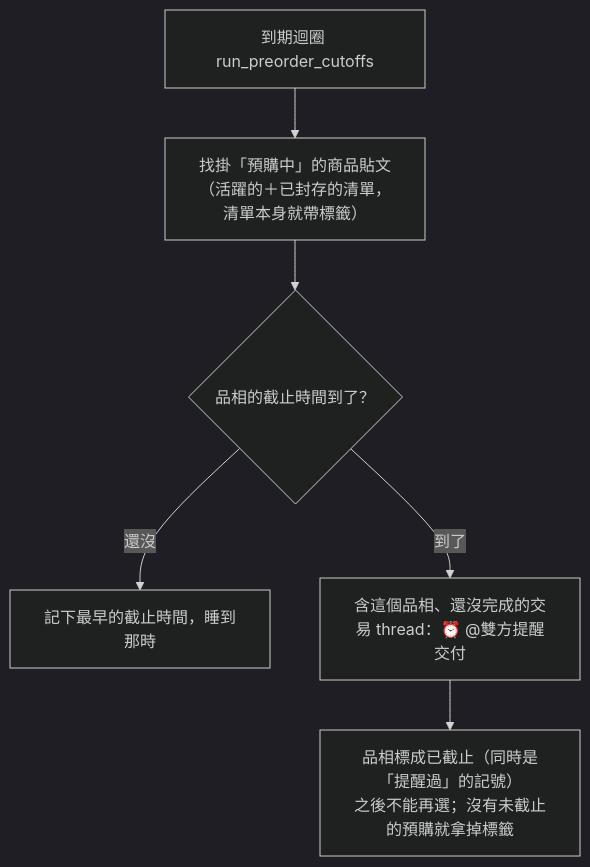
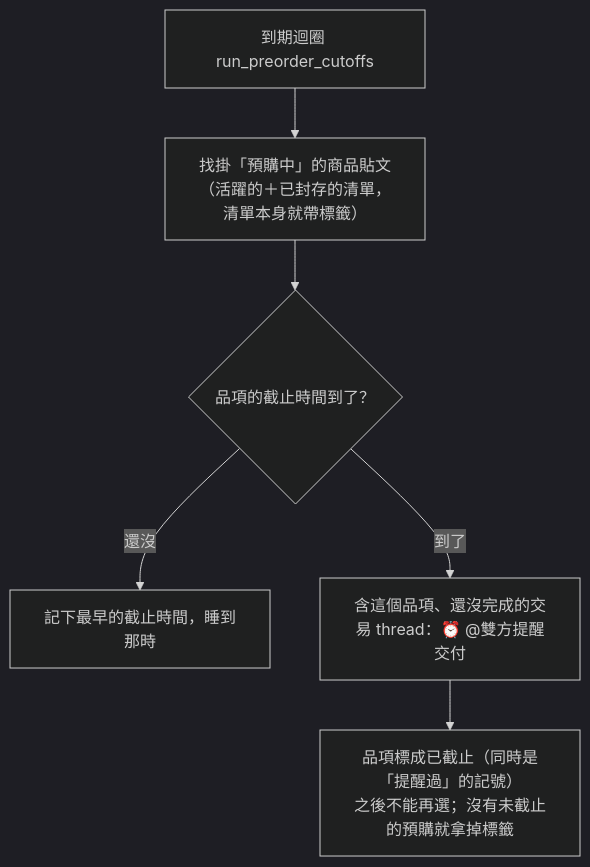
Before and after one commit to jjasoncool/Discord-Bot: diagram 11 of 11 in TRADE_FLOW.md, drawn with Mermaid (dark theme). The commit also changed other lines of this file and 1 other file, not shown here.

````diff
--- a/TRADE_FLOW.md
+++ b/TRADE_FLOW.md
@@ -321,8 +326,8 @@
 ```mermaid
 flowchart TD
   L["到期迴圈 run_preorder_cutoffs"] --> T["找掛「預購中」的商品貼文<br/>（活躍的＋已封存的清單，清單本身就帶標籤）"]
-  T --> V{"品相的截止時間到了？"}
+  T --> V{"品項的截止時間到了？"}
   V -->|還沒| N["記下最早的截止時間，睡到那時"]
-  V -->|到了| R["含這個品相、還沒完成的交易 thread：⏰ @雙方提醒交付"]
-  R --> X["品相標成已截止（同時是「提醒過」的記號）<br/>之後不能再選；沒有未截止的預購就拿掉標籤"]
+  V -->|到了| R["含這個品項、還沒完成的交易 thread：⏰ @雙方提醒交付"]
+  R --> X["品項標成已截止（同時是「提醒過」的記號）<br/>之後不能再選；沒有未截止的預購就拿掉標籤"]
 ```
````
